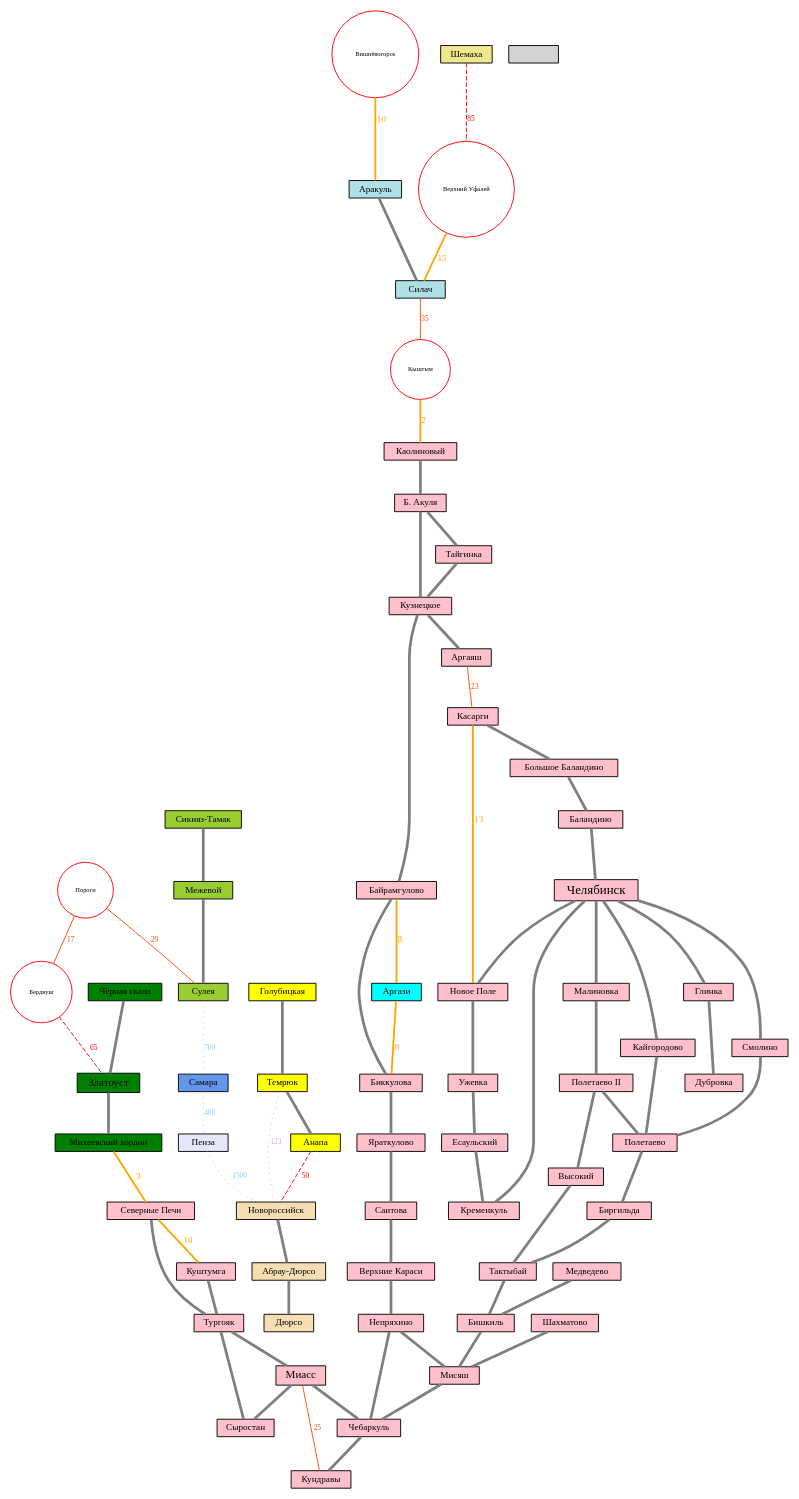
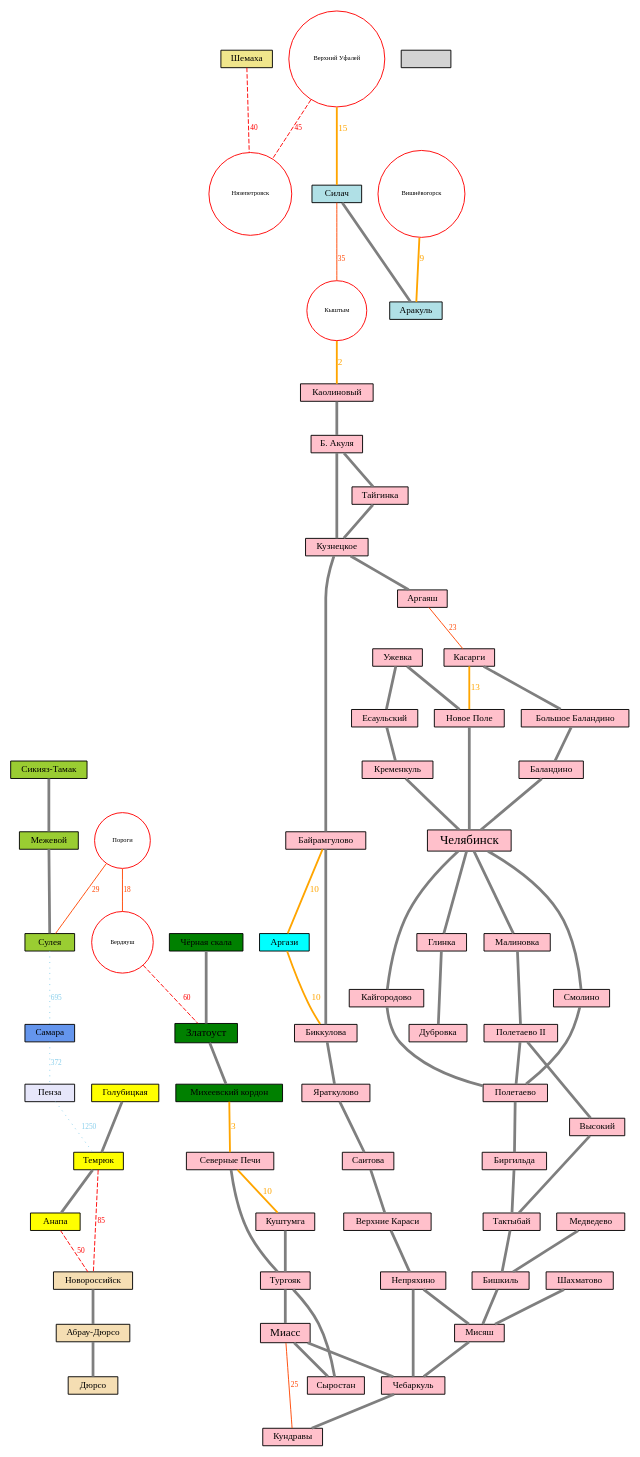
Before and after one commit to shoorick/bike-area: the diagram in bike-area.dot, drawn with Graphviz.

Commit message:
Уточнены расстояния при помощи http://komoot.com

```diff
--- a/bike-area.dot
+++ b/bike-area.dot
@@ -1,129 +1,131 @@
 graph G {
     node [ shape=box, fontsize=10, fontname="Droid Sans", style=filled, height=0.2 ]
     edge [ color=gray50, penwidth=3, fontname="Droid Sans" ]
     graph [ overlap=false ]
 
     subgraph main {
         node [ fillcolor=pink ]
 
         Челябинск [ fontsize=14 ]
         Миасс [ fontsize=12 ]
         Челябинск -- Смолино -- Полетаево -- Биргильда -- Тактыбай -- Бишкиль -- Мисяш -- Чебаркуль
         Миасс -- Чебаркуль
         Непряхино -- Мисяш
         Шахматово -- Мисяш
-//        Бишкиль -- Медведево 
         Медведево -- Бишкиль
         Челябинск -- Малиновка -- "Полетаево II" -- Высокий -- Тактыбай
         "Полетаево II" -- Полетаево
         Каолиновый -- "Б. Акуля" -- Кузнецкое -- Байрамгулово -- Биккулова -- Яраткулово -- Саитова -- "Верхние Караси" -- Непряхино -- Чебаркуль -- Кундравы
         "Б. Акуля" -- Тайгинка -- Кузнецкое -- Аргаяш
         Челябинск -- Кайгородово -- Полетаево
         Есаульский -- Кременкуль -- Челябинск
         Касарги -- "Большое Баландино" -- Баландино -- Челябинск
         "Северные Печи" -- Тургояк -- Миасс -- Сыростан
         Куштумга -- Тургояк -- Сыростан
-        Челябинск -- "Новое Поле" -- Ужевка -- Есаульский
+        Ужевка -- Есаульский
+        Ужевка -- "Новое Поле" -- Челябинск
         Челябинск -- Глинка -- Дубровка
     }
 
     subgraph north {
         node [ fillcolor=powderblue ]
 
-        Аракуль -- Силач
+        Силач -- Аракуль
     }
 
     subgraph argazi {
         node [ fillcolor=cyan ]
 
         Аргази
     }
 
     subgraph penza {
         node [ fillcolor=lavender ]
 
         Пенза
     }
 
     subgraph samara {
         node [ fillcolor=cornflowerblue ]
 
         Самара
     }
 
     subgraph shemakha {
         node [ fillcolor=khaki ]
 
         Шемаха
     }
 
     subgraph mount {
         node [ fillcolor=green ]
         Златоуст [ fontsize=12 ]
 
         "Чёрная скала" -- Златоуст -- "Михеевский кордон"
+        //"приют Таганай" -- Златоуст
     }
 
     subgraph ai {
         node [ fillcolor=yellowgreen ]
 
         "Сикияз-Тамак" -- Межевой -- Сулея
     }
 
     subgraph south1 {
         node [ fillcolor=yellow ]
 
         Голубицкая -- Темрюк -- Анапа
     }
 
     subgraph south2 {
         node [ fillcolor=wheat ]
 
         Новороссийск -- "Абрау-Дюрсо" -- Дюрсо
     }
 
     subgraph failed_cities {
         node [ shape="circle",fillcolor="white",color="red",fontsize=7, height=0.1 ]
-        Кыштым Пороги Бердяуш Вишнёвогорск "Верхний Уфалей"
+        Кыштым Пороги Бердяуш Вишнёвогорск Нязепетровск "Верхний Уфалей"
     }
 
     subgraph failed {
 
         // Ближние — можно пройти за час
         edge [ color=orange, fontcolor=orange, fontsize=10, penwidth=2 ]
         Кыштым -- Каолиновый [ label=2 ]
         "Михеевский кордон" -- "Северные Печи" [ label=3 ]
-        Байрамгулово -- Аргази -- Биккулова [ label=8 ]
-        Вишнёвогорск -- Аракуль  [ label=10 ]
+        Байрамгулово -- Аргази -- Биккулова [ label=10 ]
+        Вишнёвогорск -- Аракуль  [ label=9 ]
         "Северные Печи" -- Куштумга [ label=10 ]
         Касарги -- "Новое Поле" [ label=13 ]
         "Верхний Уфалей" -- Силач [ label=15 ]
 
         // Ближние
         edge [ color=orangered, fontcolor=orangered, fontsize=8, penwidth=1 ]
-        Пороги -- Бердяуш [ label=17 ]
+        Пороги -- Бердяуш [ label=18 ]
         Миасс -- Кундравы  [ label=25 ]
         Аргаяш -- Касарги  [ label=23 ]
         Пороги -- Сулея  [ label=29 ]
         Силач -- Кыштым  [ label=35 ]
 
         // Средние — можно пройти за день
         edge [ color=red, fontcolor=red, style="dashed" ]
         Анапа -- Новороссийск [ label=50 ]
-        Шемаха -- "Верхний Уфалей" [ label=85 ]
-        Бердяуш -- Златоуст [ label=65 ]
+        Бердяуш -- Златоуст [ label=60 ]
+        Шемаха -- Нязепетровск [ label=40 ]
+        "Верхний Уфалей" -- Нязепетровск [ label=45 ]
+        Темрюк -- Новороссийск [ label=85 ]
 
         // Дальние
         edge [ color=plum, fontcolor=plum, style="dotted" ]
-        Темрюк -- Новороссийск [ label=123 ]
-        
+
         // Совсем дальние — нереально проехать
         edge [ color=skyblue, fontcolor=skyblue ]
-        Самара -- Пенза [ label=400 ]
-        Сулея -- Самара [ label=700 ]
-        Пенза -- Новороссийск [ label=1500 ]
+        Самара -- Пенза [ label=372 ]
+        Сулея -- Самара [ label=695 ]
+        Пенза -- Темрюк [ label=1250 ]
 
     }
 }
 
 // https://gist.github.com/shoorick/6155062
```
